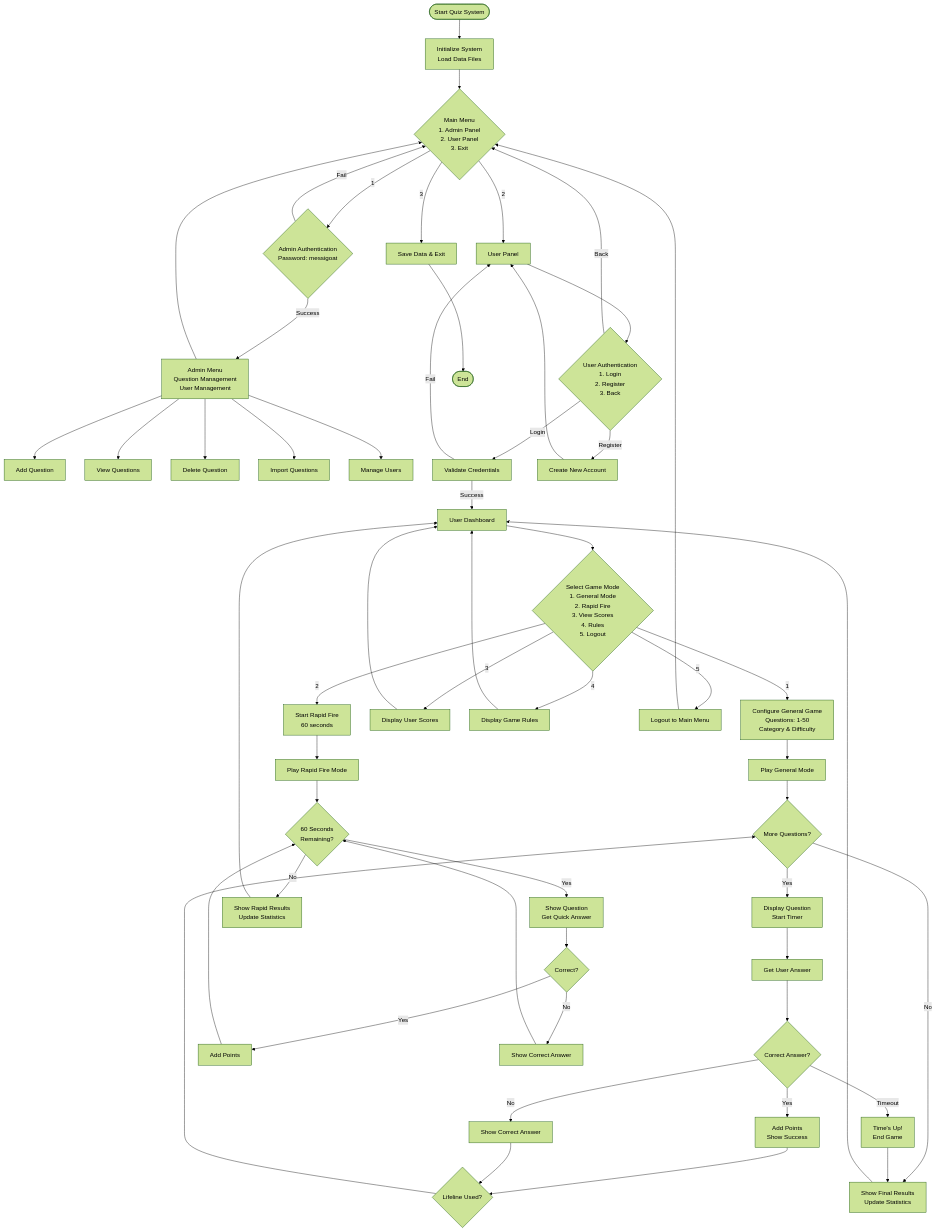
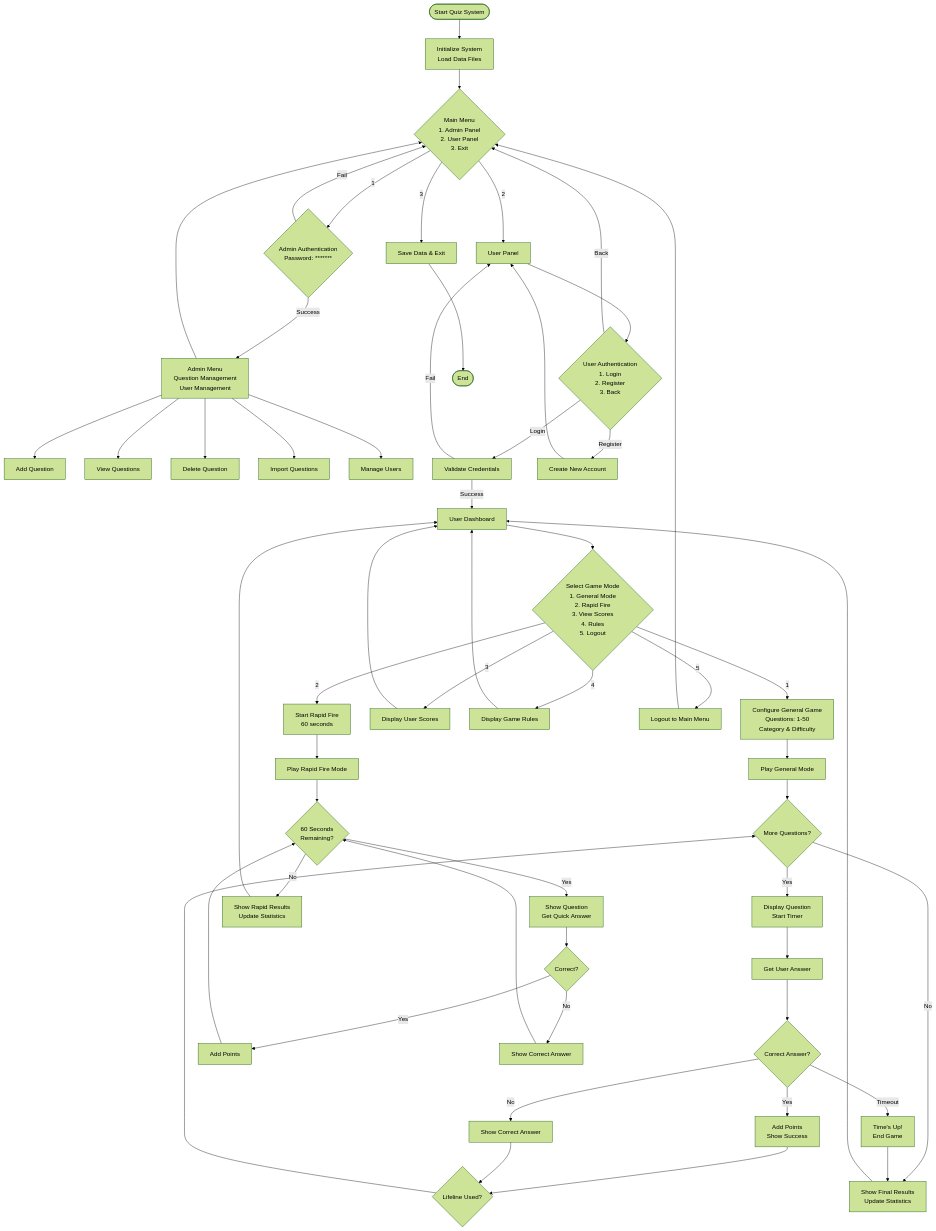
The first of 6 diagrams in diagram.md (saurab997/quizGame), drawn with Mermaid (forest theme) before and after one commit. The commit also changed other lines of this file and 1 other file, not shown here.

Commit message:
New diagram and flowcharts

````diff
--- a/diagram.md
+++ b/diagram.md
@@ -434,72 +434,72 @@
 ```mermaid
 flowchart TD
     START([Start Quiz System]) --> INIT[Initialize System<br/>Load Data Files]
     INIT --> MAIN_MENU{Main Menu<br/>1. Admin Panel<br/>2. User Panel<br/>3. Exit}
     
-    MAIN_MENU -->|1| ADMIN_AUTH{Admin Authentication<br/>Password: messigoat}
+    MAIN_MENU -->|1| ADMIN_AUTH{Admin Authentication<br/>Password: *******}
     MAIN_MENU -->|2| USER_PANEL[User Panel]
     MAIN_MENU -->|3| SAVE_EXIT[Save Data & Exit]
     
     ADMIN_AUTH -->|Success| ADMIN_MENU[Admin Menu<br/>Question Management<br/>User Management]
     ADMIN_AUTH -->|Fail| MAIN_MENU
     
     ADMIN_MENU --> ADD_Q[Add Question]
     ADMIN_MENU --> VIEW_Q[View Questions]
     ADMIN_MENU --> DEL_Q[Delete Question]
     ADMIN_MENU --> IMPORT_Q[Import Questions]
     ADMIN_MENU --> MANAGE_U[Manage Users]
     ADMIN_MENU --> MAIN_MENU
     
     USER_PANEL --> USER_AUTH{User Authentication<br/>1. Login<br/>2. Register<br/>3. Back}
     USER_AUTH -->|Login| LOGIN_PROCESS[Validate Credentials]
     USER_AUTH -->|Register| REGISTER_PROCESS[Create New Account]
     USER_AUTH -->|Back| MAIN_MENU
     
     LOGIN_PROCESS -->|Success| USER_MENU[User Dashboard]
     LOGIN_PROCESS -->|Fail| USER_PANEL
     REGISTER_PROCESS --> USER_PANEL
     
     USER_MENU --> GAME_MODE{Select Game Mode<br/>1. General Mode<br/>2. Rapid Fire<br/>3. View Scores<br/>4. Rules<br/>5. Logout}
     
     GAME_MODE -->|1| CONFIG_GENERAL[Configure General Game<br/>Questions: 1-50<br/>Category & Difficulty]
     GAME_MODE -->|2| START_RAPID[Start Rapid Fire<br/>60 seconds]
     GAME_MODE -->|3| VIEW_SCORES[Display User Scores]
     GAME_MODE -->|4| SHOW_RULES[Display Game Rules]
     GAME_MODE -->|5| LOGOUT[Logout to Main Menu]
     
     CONFIG_GENERAL --> PLAY_GENERAL[Play General Mode]
     START_RAPID --> PLAY_RAPID[Play Rapid Fire Mode]
     
     PLAY_GENERAL --> QUESTION_LOOP{More Questions?}
     QUESTION_LOOP -->|Yes| DISPLAY_Q[Display Question<br/>Start Timer]
     QUESTION_LOOP -->|No| GENERAL_RESULTS[Show Final Results<br/>Update Statistics]
     
     DISPLAY_Q --> GET_ANSWER[Get User Answer]
     GET_ANSWER --> CHECK_ANSWER{Correct Answer?}
     CHECK_ANSWER -->|Yes| ADD_SCORE[Add Points<br/>Show Success]
     CHECK_ANSWER -->|No| SHOW_CORRECT[Show Correct Answer]
     CHECK_ANSWER -->|Timeout| TIME_UP[Time's Up!<br/>End Game]
     
     ADD_SCORE --> CHECK_LIFELINE{Lifeline Used?}
     SHOW_CORRECT --> CHECK_LIFELINE
     CHECK_LIFELINE --> QUESTION_LOOP
     
     PLAY_RAPID --> RAPID_TIMER{60 Seconds<br/>Remaining?}
     RAPID_TIMER -->|Yes| RAPID_Q[Show Question<br/>Get Quick Answer]
     RAPID_TIMER -->|No| RAPID_RESULTS[Show Rapid Results<br/>Update Statistics]
     
     RAPID_Q --> RAPID_CHECK{Correct?}
     RAPID_CHECK -->|Yes| RAPID_SCORE[Add Points]
     RAPID_CHECK -->|No| RAPID_WRONG[Show Correct Answer]
     RAPID_SCORE --> RAPID_TIMER
     RAPID_WRONG --> RAPID_TIMER
     
     GENERAL_RESULTS --> USER_MENU
     RAPID_RESULTS --> USER_MENU
     VIEW_SCORES --> USER_MENU
     SHOW_RULES --> USER_MENU
     LOGOUT --> MAIN_MENU
     
     TIME_UP --> GENERAL_RESULTS
     SAVE_EXIT --> END([End])
 ```
````
